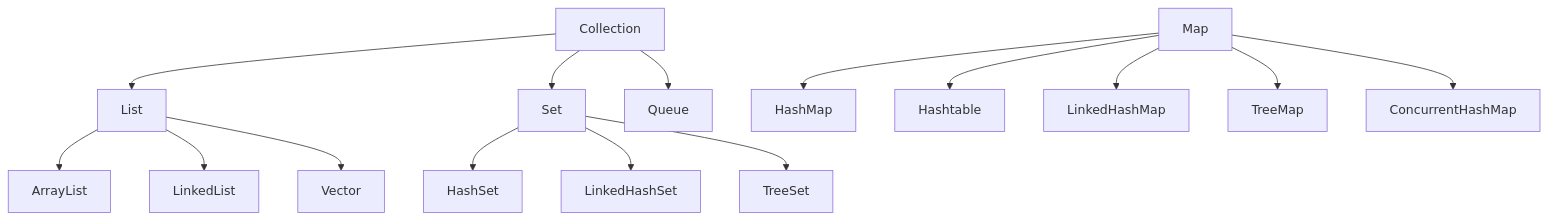
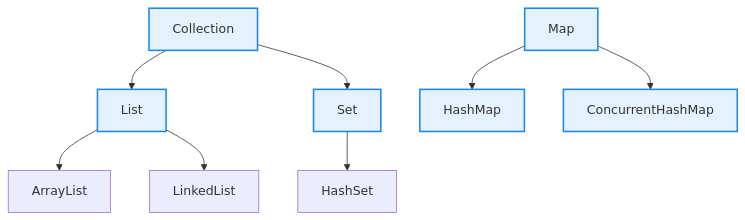
The diagram in docs/八股文/1. Java/4. Java 集合.md (weiqiang612/Ethan_Notes), drawn with Mermaid before and after one commit. The commit also changed other lines of this file and 2 other files, not shown here.

````diff
--- a/docs/八股文/1. Java/4. Java 集合.md
+++ b/docs/八股文/1. Java/4. Java 集合.md
@@ -31,17 +37,11 @@
 ```mermaid
 graph TD
-    Collection --> List
-    Collection --> Set
-    Collection --> Queue
+    classDef mainStyle fill:#e3f2fd,stroke:#1e88e5,stroke-width:2px;
+    Collection:::mainStyle --> List:::mainStyle
+    Collection:::mainStyle --> Set:::mainStyle
     List --> ArrayList
     List --> LinkedList
-    List --> Vector
     Set --> HashSet
-    Set --> LinkedHashSet
-    Set --> TreeSet
-    Map --> HashMap
-    Map --> Hashtable
-    Map --> LinkedHashMap
-    Map --> TreeMap
-    Map --> ConcurrentHashMap
+    Map:::mainStyle --> HashMap:::mainStyle
+    Map --> ConcurrentHashMap:::mainStyle
 ```
````
